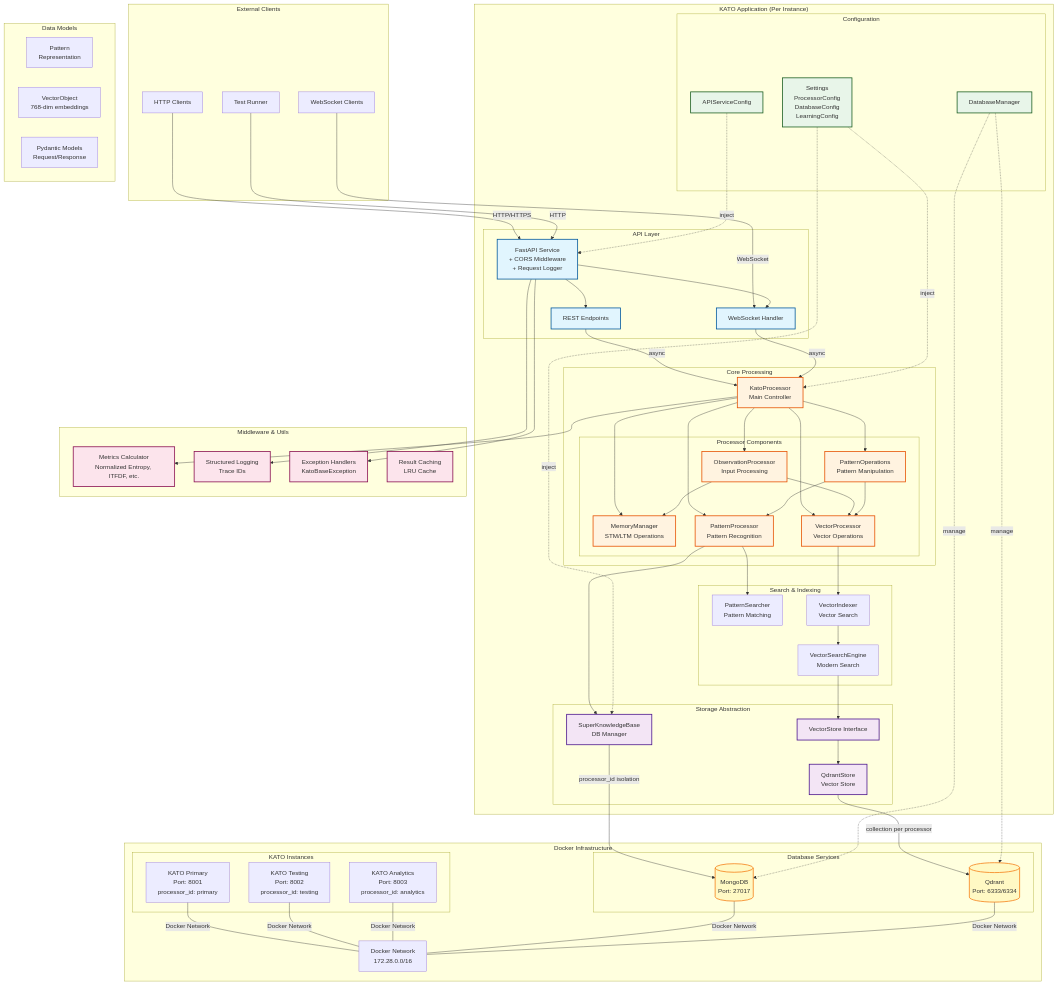
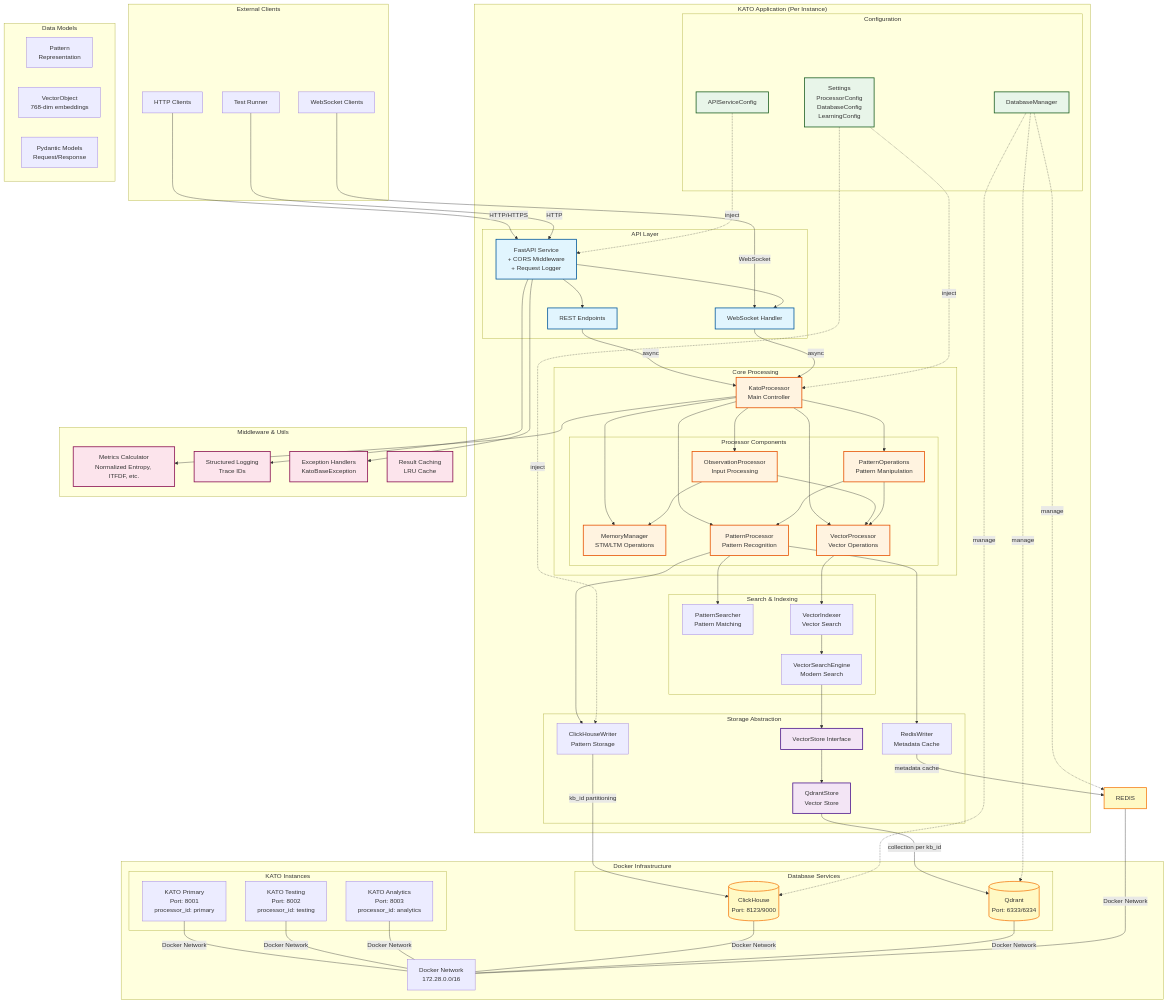
Before and after one commit to sevakavakians/kato: the diagram in ARCHITECTURE_DIAGRAM.md, drawn with Mermaid. The commit also changed other lines of this file and 57 other files, not shown here.

````diff
--- a/ARCHITECTURE_DIAGRAM.md
+++ b/ARCHITECTURE_DIAGRAM.md
@@ -23,7 +23,7 @@
         end
 
         subgraph "Database Services"
-            MONGO[(MongoDB<br/>Port: 27017)]
+            CLICKHOUSE[(ClickHouse<br/>Port: 8123/9000)]
             QDRANT[(Qdrant<br/>Port: 6333/6334)]
         end
 
@@ -61,7 +61,8 @@
 
         %% Storage Abstraction Layer
         subgraph "Storage Abstraction"
-            SUPER_KB[SuperKnowledgeBase<br/>DB Manager]
+            CH_WRITER[ClickHouseWriter<br/>Pattern Storage]
+            REDIS_WRITER[RedisWriter<br/>Metadata Cache]
             QDRANT_STORE[QdrantStore<br/>Vector Store]
             VEC_STORE[VectorStore Interface]
         end
@@ -114,12 +115,14 @@
     VEC_PROC --> VEC_INDEX
     VEC_INDEX --> VEC_ENGINE
 
-    PAT_PROC --> SUPER_KB
+    PAT_PROC --> CH_WRITER
+    PAT_PROC --> REDIS_WRITER
     VEC_ENGINE --> VEC_STORE
     VEC_STORE --> QDRANT_STORE
 
-    SUPER_KB -->|processor_id isolation| MONGO
-    QDRANT_STORE -->|collection per processor| QDRANT
+    CH_WRITER -->|kb_id partitioning| CLICKHOUSE
+    REDIS_WRITER -->|metadata cache| REDIS
+    QDRANT_STORE -->|collection per kb_id| QDRANT
 
     KATO_PROC --> METRICS
     FASTAPI --> LOGGING
@@ -127,17 +130,19 @@
 
     %% Configuration Dependencies
     SETTINGS -.->|inject| KATO_PROC
-    SETTINGS -.->|inject| SUPER_KB
+    SETTINGS -.->|inject| CH_WRITER
     API_CONFIG -.->|inject| FASTAPI
-    DB_CONFIG -.->|manage| MONGO
+    DB_CONFIG -.->|manage| CLICKHOUSE
     DB_CONFIG -.->|manage| QDRANT
+    DB_CONFIG -.->|manage| REDIS
 
     %% Network Connections
     KATO1 ---|Docker Network| NETWORK
     KATO2 ---|Docker Network| NETWORK
     KATO3 ---|Docker Network| NETWORK
-    MONGO ---|Docker Network| NETWORK
+    CLICKHOUSE ---|Docker Network| NETWORK
     QDRANT ---|Docker Network| NETWORK
+    REDIS ---|Docker Network| NETWORK
 
     %% Styling
     classDef api fill:#e1f5fe,stroke:#01579b,stroke-width:2px
@@ -152,5 +157,5 @@
     class SUPER_KB,QDRANT_STORE,VEC_STORE storage
     class SETTINGS,API_CONFIG,DB_CONFIG config
     class METRICS,LOGGING,EXCEPTION,CACHE middleware
-    class MONGO,QDRANT database
+    class CLICKHOUSE,QDRANT,REDIS database
 ```
````
